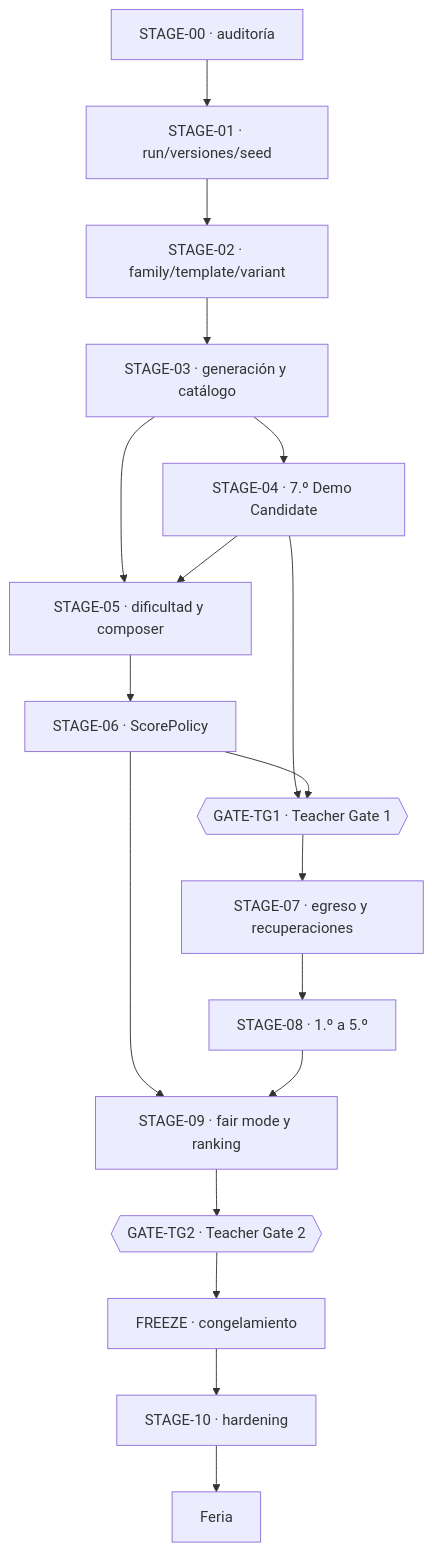
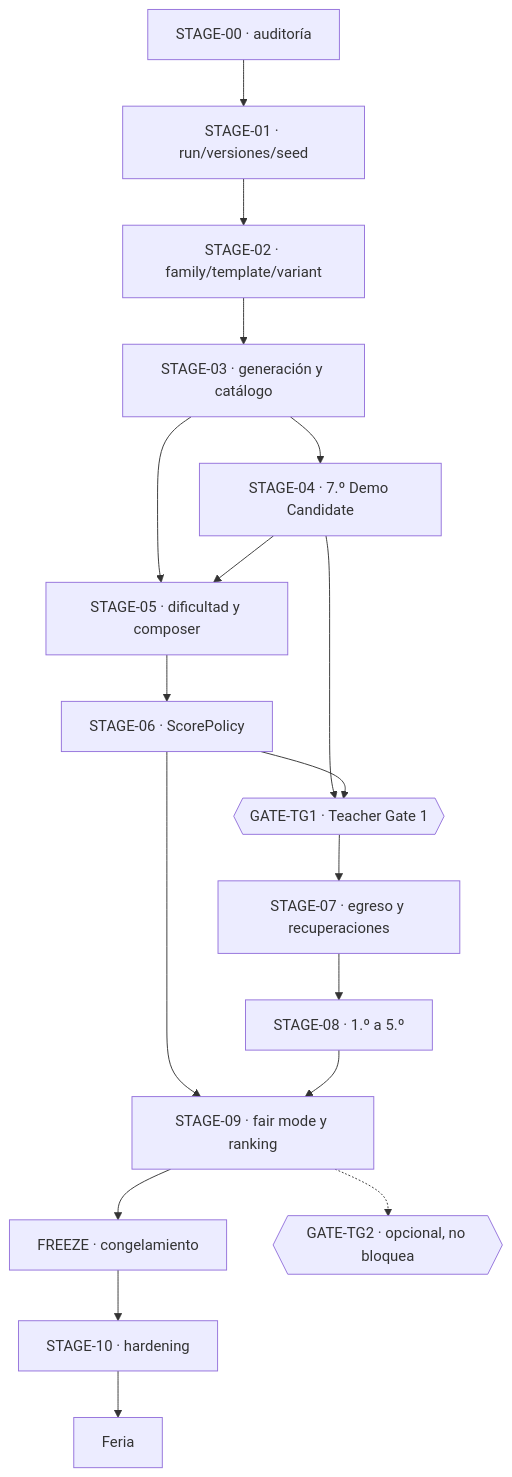
Before and after one commit to gastong256/mono256_egresado-game: the diagram in docs/06-delivery/implementation-sequence.md, drawn with Mermaid. The commit also changed other lines of this file and 23 other files, not shown here.

````diff
--- a/docs/06-delivery/implementation-sequence.md
+++ b/docs/06-delivery/implementation-sequence.md
@@ -85,20 +91,20 @@
 ```mermaid
 flowchart TD
     S0[STAGE-00 · auditoría] --> S1[STAGE-01 · run/versiones/seed]
     S1 --> S2[STAGE-02 · family/template/variant]
     S2 --> S3[STAGE-03 · generación y catálogo]
     S3 --> S4[STAGE-04 · 7.º Demo Candidate]
     S3 --> S5[STAGE-05 · dificultad y composer]
     S4 --> S5
     S5 --> S6[STAGE-06 · ScorePolicy]
     S4 --> TG1{{GATE-TG1 · Teacher Gate 1}}
     S6 --> TG1
     TG1 --> S7[STAGE-07 · egreso y recuperaciones]
     S7 --> S8[STAGE-08 · 1.º a 5.º]
     S6 --> S9[STAGE-09 · fair mode y ranking]
     S8 --> S9
-    S9 --> TG2{{GATE-TG2 · Teacher Gate 2}}
-    TG2 --> FZ[FREEZE · congelamiento]
+    S9 --> FZ[FREEZE · congelamiento]
+    S9 -.-> TG2{{GATE-TG2 · opcional, no bloquea}}
     FZ --> S10[STAGE-10 · hardening]
     S10 --> RL[Feria]
 ```
````
